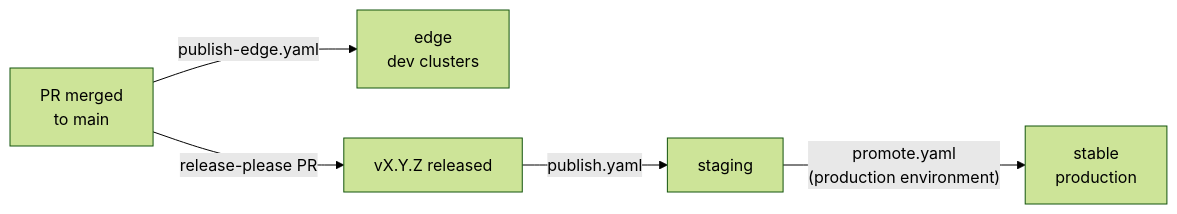
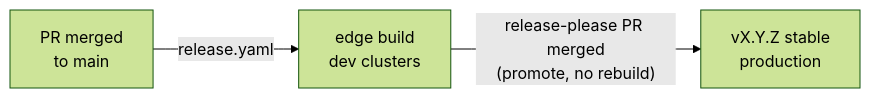
The diagram in docs/getting-started/daily-workflow.md (bitwise-media-group/flux-manifests), drawn with Mermaid (forest theme) before and after one commit. The commit also changed other lines of this file and 42 other files, not shown here.

````diff
--- a/docs/getting-started/daily-workflow.md
+++ b/docs/getting-started/daily-workflow.md
@@ -44,7 +44,5 @@
 ```mermaid
 flowchart LR
-  pr["PR merged<br/>to main"] -- "publish-edge.yaml" --> edge["edge<br/>dev clusters"]
-  pr -- "release-please PR" --> rel["vX.Y.Z released"]
-  rel -- "publish.yaml" --> staging["staging"]
-  staging -- "promote.yaml<br/>(production environment)" --> stable["stable<br/>production"]
+  pr["PR merged<br/>to main"] -- "release.yaml" --> edge["edge build<br/>dev clusters"]
+  edge -- "release-please PR merged<br/>(promote, no rebuild)" --> stable["vX.Y.Z stable<br/>production"]
 ```
````
